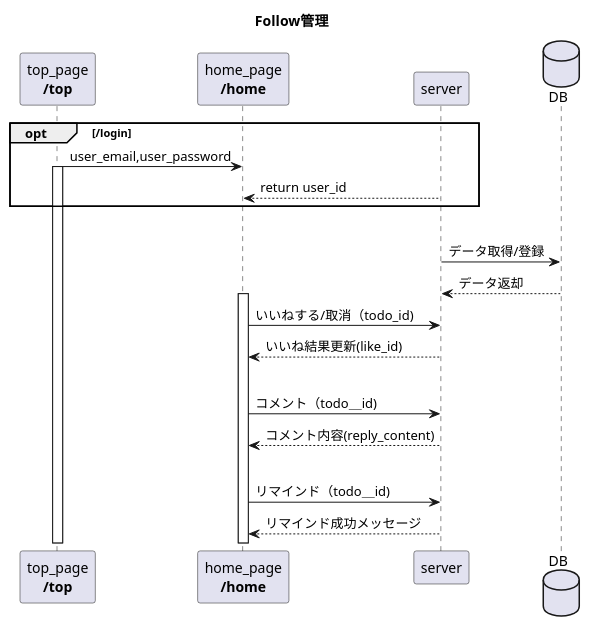
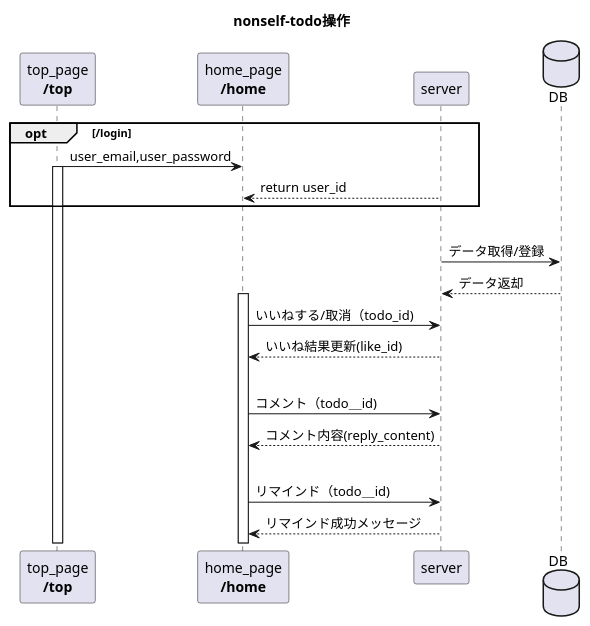
The diagram in uml_as_code/sequence-diagram_nonself-todo.pu (op19-it-edu/base-docs), drawn with PlantUML before and after one commit. The commit also changed 1 other file, not shown here.

```diff
--- a/uml_as_code/sequence-diagram_nonself-todo.pu
+++ b/uml_as_code/sequence-diagram_nonself-todo.pu
@@ -1,23 +1,23 @@
 @startuml
-title Follow管理 
+title nonself-todo操作 
 opt /login
     "top_page\n**/top**" as top -> "home_page\n**/home**" as home : user_email,user_password
     activate top
     server  --> home : return user_id
 end
 
 |||
 database DB
 server -> DB : データ取得/登録
 DB  --> server : データ返却
 
 activate home
 home -> server : いいねする/取消（todo_id)
 server --> home : いいね結果更新(like_id)
 |||
 home -> server : コメント（todo＿id)
 server --> home : コメント内容(reply_content)
 |||
 home -> server : リマインド（todo＿id)
 server --> home : リマインド成功メッセージ
 @enduml
```
